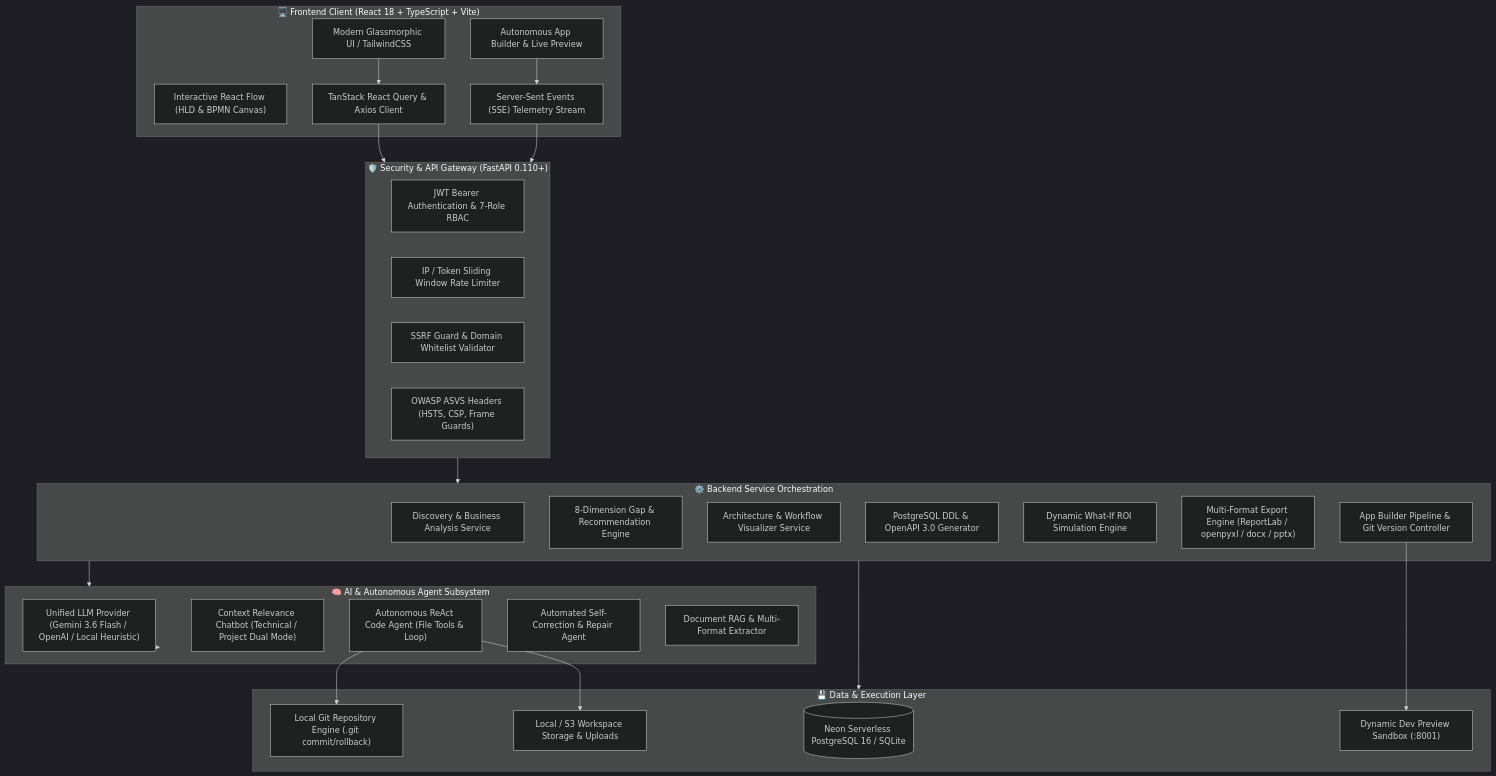
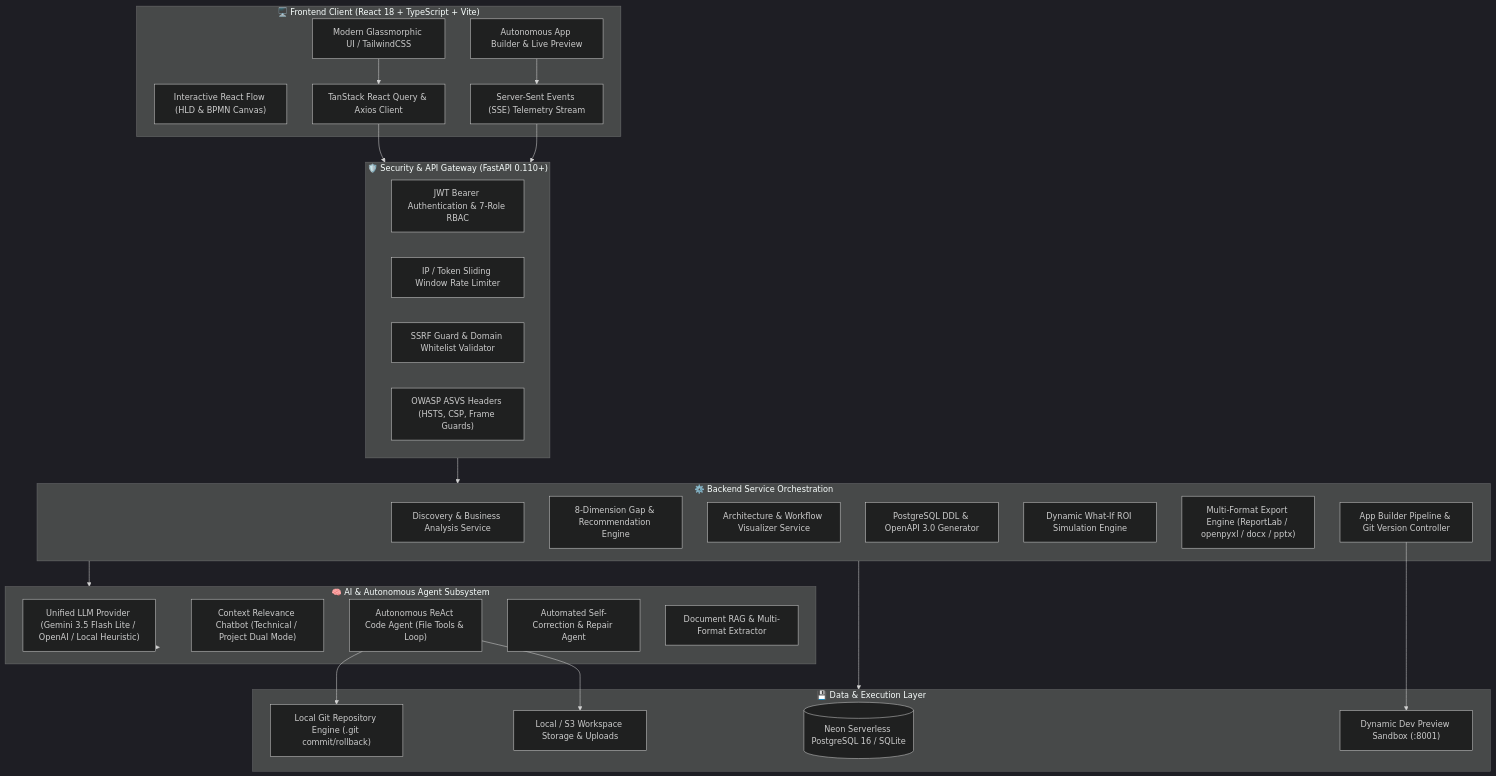
The first of 5 diagrams in README.md (VadsolaKishan/transformiq-chaos2commit-2026), drawn with Mermaid (dark theme) before and after one commit. The commit also changed other lines of this file and 7 other files, not shown here.

Commit message:
fix(config): standardize active Gemini 3.5 Flash-Lite model configuration across full codebase, exports, and deployment manifests

````diff
--- a/README.md
+++ b/README.md
@@ -84,57 +84,57 @@
 ```mermaid
 graph TB
     subgraph ClientLayer["🖥️ Frontend Client (React 18 + TypeScript + Vite)"]
         UI["Modern Glassmorphic UI / TailwindCSS"]
         ReactFlow["Interactive React Flow (HLD & BPMN Canvas)"]
         AppBuilderUI["Autonomous App Builder & Live Preview"]
         StateManagement["TanStack React Query & Axios Client"]
         SSEListener["Server-Sent Events (SSE) Telemetry Stream"]
     end
 
     subgraph SecurityGateway["🛡️ Security & API Gateway (FastAPI 0.110+)"]
         AuthMiddleware["JWT Bearer Authentication & 7-Role RBAC"]
         RateLimiter["IP / Token Sliding Window Rate Limiter"]
         SSRFValidator["SSRF Guard & Domain Whitelist Validator"]
         OWASPHeaders["OWASP ASVS Headers (HSTS, CSP, Frame Guards)"]
     end
 
     subgraph CoreServices["⚙️ Backend Service Orchestration"]
         DiscoveryService["Discovery & Business Analysis Service"]
         GapEngine["8-Dimension Gap & Recommendation Engine"]
         ArchService["Architecture & Workflow Visualizer Service"]
         DesignService["PostgreSQL DDL & OpenAPI 3.0 Generator"]
         SimulationEngine["Dynamic What-If ROI Simulation Engine"]
         ExportService["Multi-Format Export Engine (ReportLab / openpyxl / docx / pptx)"]
         AppBuilderService["App Builder Pipeline & Git Version Controller"]
     end
 
     subgraph AIAgents["🧠 AI & Autonomous Agent Subsystem"]
-        Provider["Unified LLM Provider (Gemini 3.6 Flash / OpenAI / Local Heuristic)"]
+        Provider["Unified LLM Provider (Gemini 3.5 Flash Lite / OpenAI / Local Heuristic)"]
         Chatbot["Context Relevance Chatbot (Technical / Project Dual Mode)"]
         ToolAgent["Autonomous ReAct Code Agent (File Tools & Loop)"]
         DebuggingAgent["Automated Self-Correction & Repair Agent"]
         DocRAG["Document RAG & Multi-Format Extractor"]
     end
 
     subgraph DataStorage["💾 Data & Execution Layer"]
         NeonDB[("Neon Serverless PostgreSQL 16 / SQLite")]
         Storage["Local / S3 Workspace Storage & Uploads"]
         PreviewServer["Dynamic Dev Preview Sandbox (:8001)"]
         GitEngine["Local Git Repository Engine (.git commit/rollback)"]
     end
 
     %% Connections
     UI --> StateManagement
     AppBuilderUI --> SSEListener
     StateManagement --> SecurityGateway
     SSEListener --> SecurityGateway
 
     SecurityGateway --> CoreServices
     CoreServices --> AIAgents
     AIAgents --> Provider
 
     CoreServices --> DataStorage
     ToolAgent --> GitEngine
     ToolAgent --> Storage
     AppBuilderService --> PreviewServer
 ```
````
